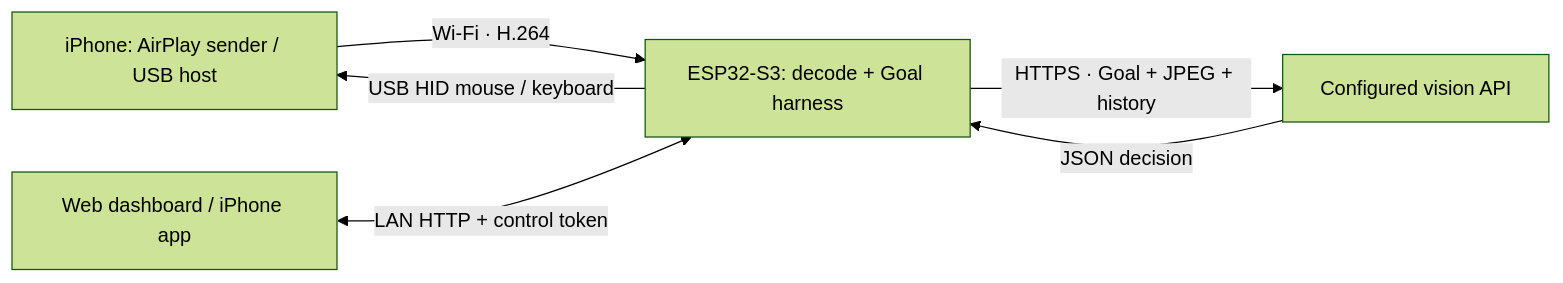
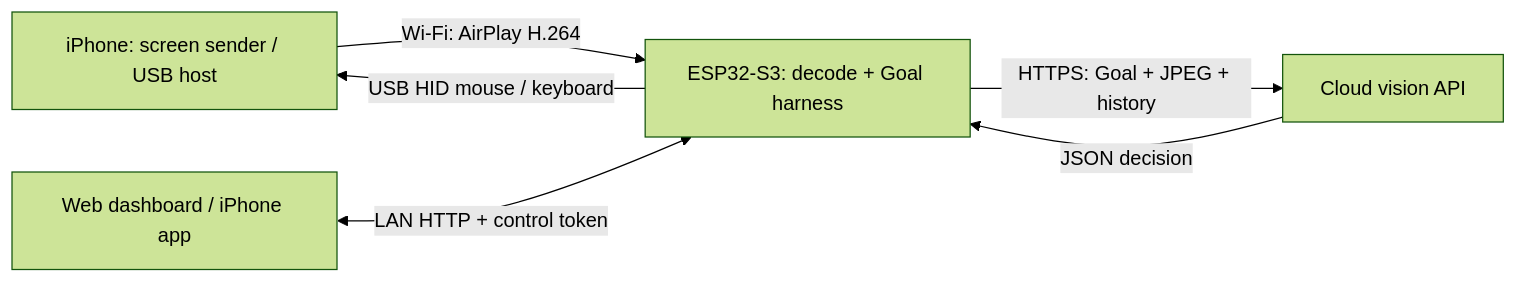
The first of 2 diagrams in README.md (InfronAI/esp32-iphone-agent), drawn with Mermaid (forest theme) before and after one commit. The commit also changed other lines of this file and 3 other files, not shown here.

````diff
--- a/README.md
+++ b/README.md
@@ -22,8 +79,8 @@
 ```mermaid
 flowchart LR
-    Phone["iPhone: AirPlay sender / USB host"] -->|"Wi-Fi · H.264"| Board["ESP32-S3: decode + Goal harness"]
-    Board -->|"HTTPS · Goal + JPEG + history"| Model["Configured vision API"]
+    Phone["iPhone: screen sender / USB host"] -->|"Wi-Fi: AirPlay H.264"| Board["ESP32-S3: decode + Goal harness"]
+    Board -->|"HTTPS: Goal + JPEG + history"| Model["Cloud vision API"]
     Model -->|"JSON decision"| Board
     Board -->|"USB HID mouse / keyboard"| Phone
     UI["Web dashboard / iPhone app"] <-->|"LAN HTTP + control token"| Board
 ```
````
